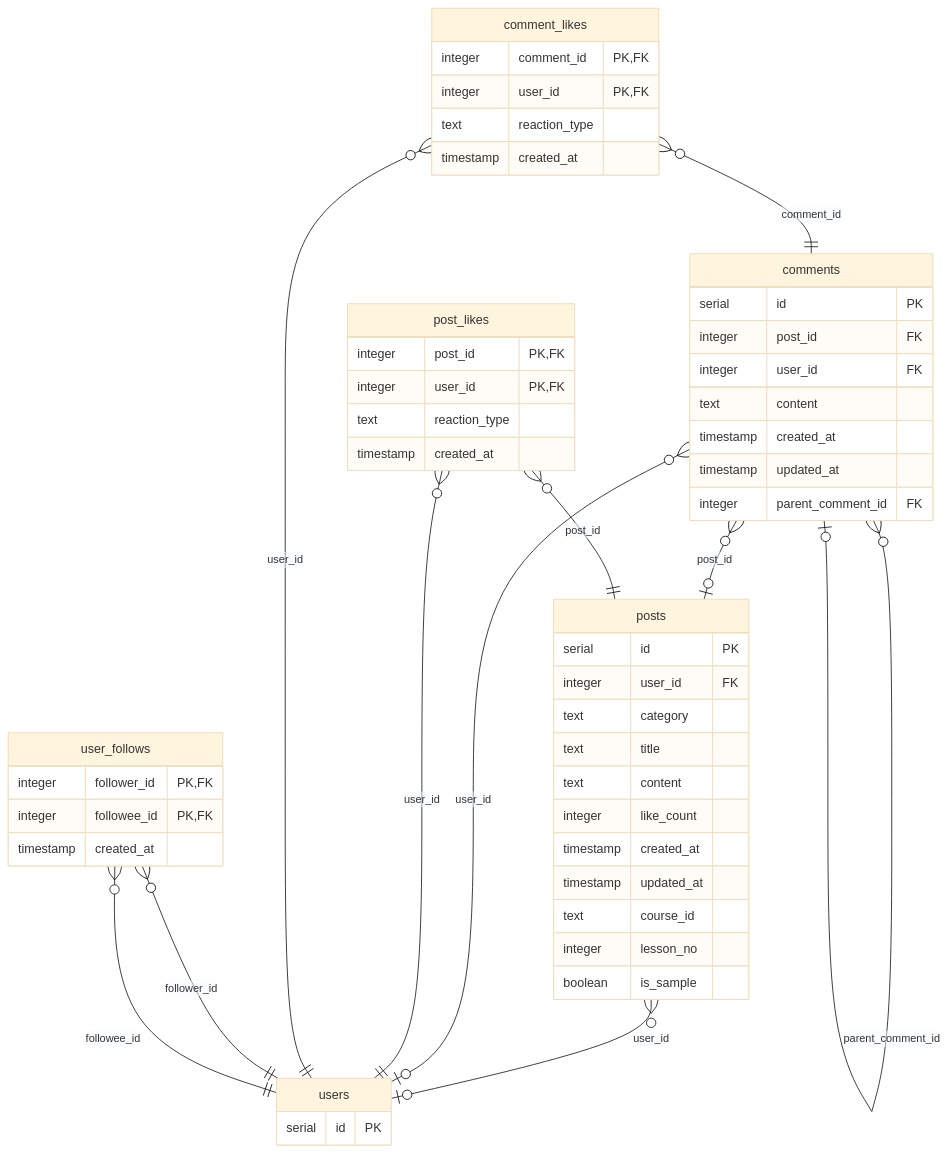
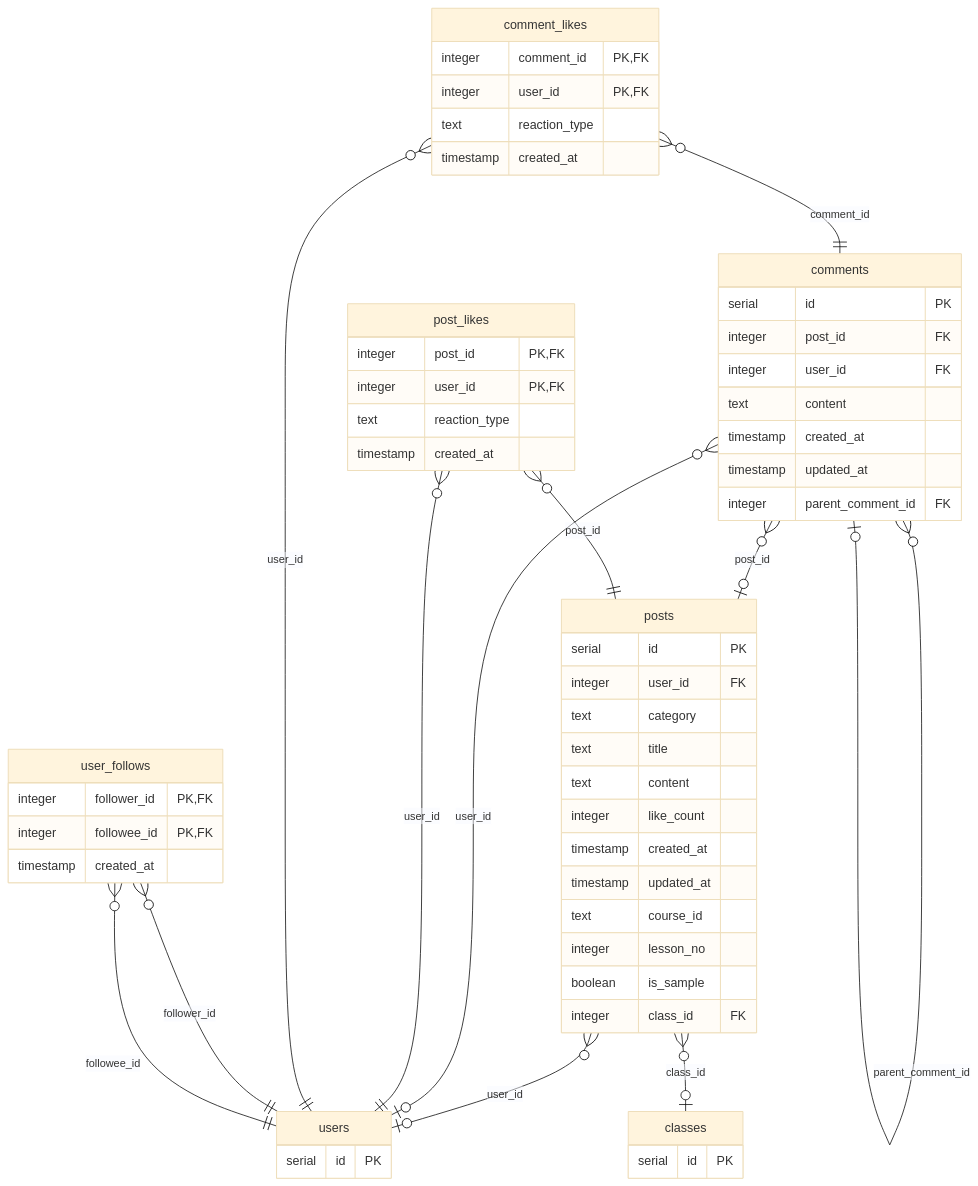
Diagram 12 of 13 in docs/CAU_TRUC_DU_LIEU.md (PCBoiz/PE_hsa), drawn with Mermaid (base theme) before and after one commit. The commit also changed other lines of this file and 7 other files, not shown here.

````diff
--- a/docs/CAU_TRUC_DU_LIEU.md
+++ b/docs/CAU_TRUC_DU_LIEU.md
@@ -1909,55 +1909,60 @@
 ```mermaid
 erDiagram
     posts {
         serial id PK
         integer user_id FK
         text category
         text title
         text content
         integer like_count
         timestamp created_at
         timestamp updated_at
         text course_id
         integer lesson_no
         boolean is_sample
+        integer class_id FK
     }
     comments {
         serial id PK
         integer post_id FK
         integer user_id FK
         text content
         timestamp created_at
         timestamp updated_at
         integer parent_comment_id FK
     }
     post_likes {
         integer post_id PK,FK
         integer user_id PK,FK
         text reaction_type
         timestamp created_at
     }
     comment_likes {
         integer comment_id PK,FK
         integer user_id PK,FK
         text reaction_type
         timestamp created_at
     }
     user_follows {
         integer follower_id PK,FK
         integer followee_id PK,FK
         timestamp created_at
     }
     users {
         serial id PK
     }
+    classes {
+        serial id PK
+    }
     posts }o--o| users : "user_id"
+    posts }o--o| classes : "class_id"
     comments }o--o| posts : "post_id"
     comments }o--o| users : "user_id"
     comments }o--o| comments : "parent_comment_id"
     post_likes }o--|| posts : "post_id"
     post_likes }o--|| users : "user_id"
     comment_likes }o--|| comments : "comment_id"
     comment_likes }o--|| users : "user_id"
     user_follows }o--|| users : "follower_id"
     user_follows }o--|| users : "followee_id"
 ```
````
